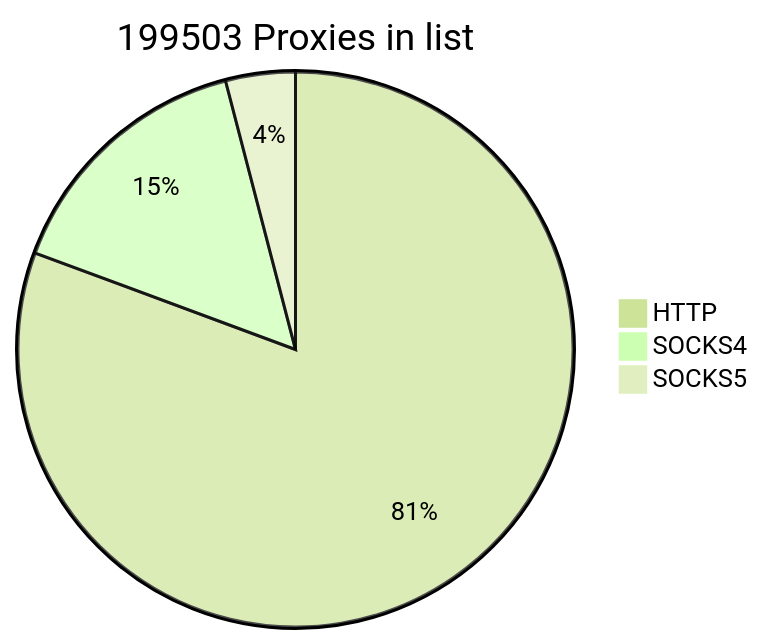
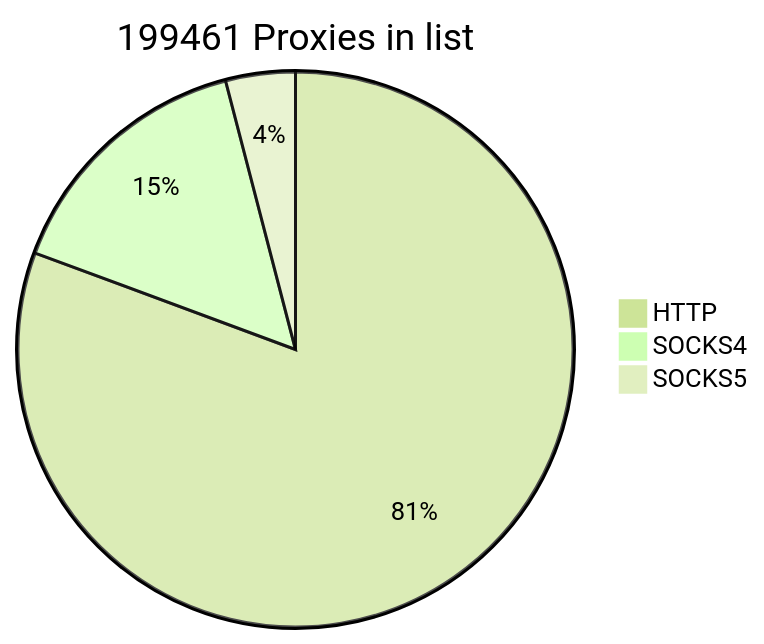
One commit to cutipu/proxylist changed the first of 2 diagrams in README.md. Above: the diagram before and after it, drawn with Mermaid (forest theme). The commit also changed other lines of this file, not shown here.

````diff
--- a/README.md
+++ b/README.md
@@ -2,7 +2,7 @@
 ```mermaid
-pie title 199503 Proxies in list
-    "HTTP" : 160899
-    "SOCKS4" : 30515
-    "SOCKS5" : 8089
+pie title 199461 Proxies in list
+    "HTTP" : 160861
+    "SOCKS4" : 30517
+    "SOCKS5" : 8083
             
 ```
````
